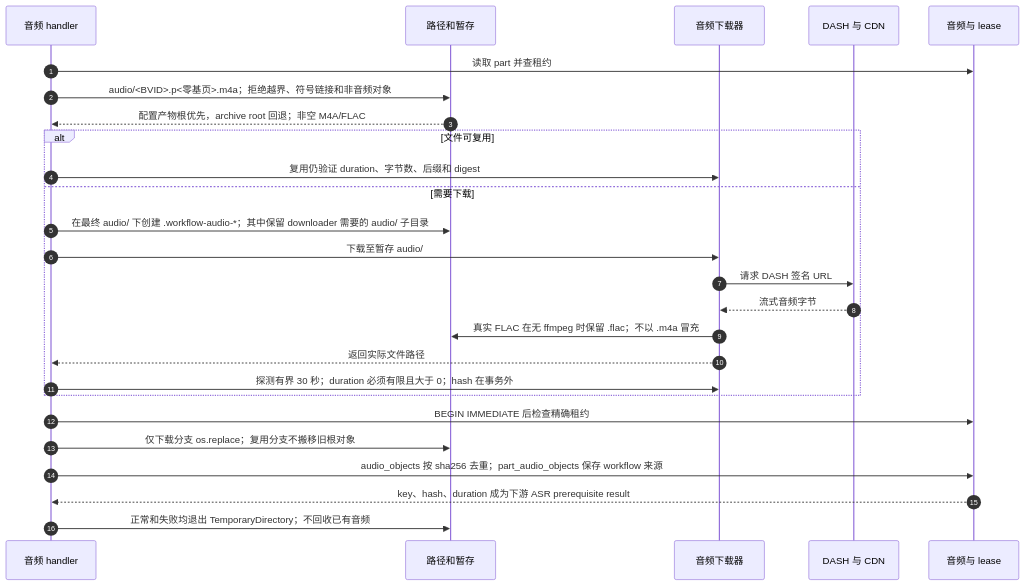
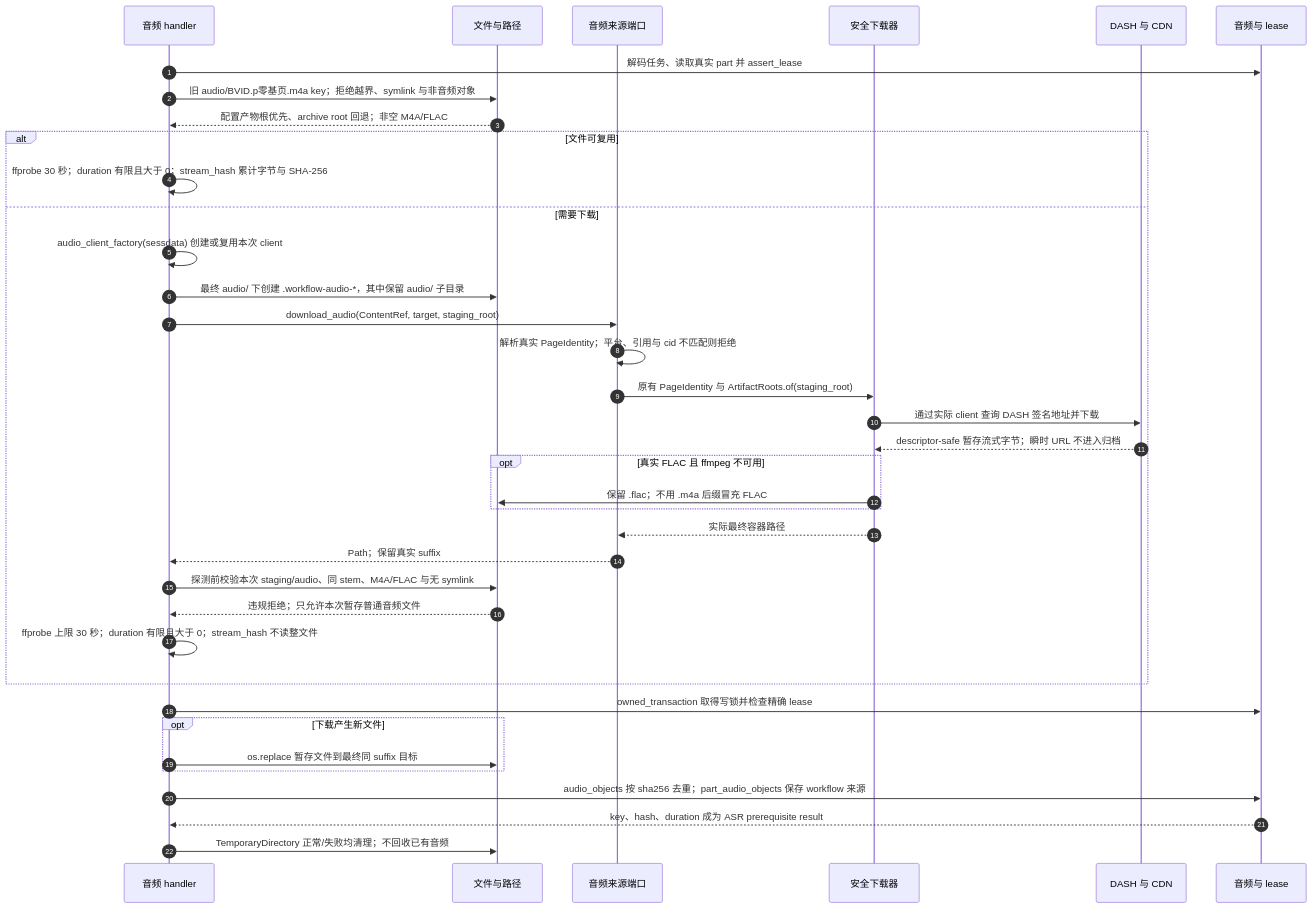
The diagram in docs/sequences/06-audio-download.md (SuperCatQR/bilibili-asr-archive), drawn with Mermaid before and after one commit. The commit also changed other lines of this file and 66 other files, not shown here.

Commit message:
Document repaired boundaries and pin all architecture diagrams

````diff
--- a/docs/sequences/06-audio-download.md
+++ b/docs/sequences/06-audio-download.md
@@ -9,28 +9,39 @@
 ```mermaid
 sequenceDiagram
     autonumber
     participant handler as 音频 handler
-    participant paths as 路径和暂存
-    participant downloader as 音频下载器
+    participant paths as 文件与路径
+    participant source as 音频来源端口
+    participant downloader as 安全下载器
     participant cdn as DASH 与 CDN
     participant db as 音频与 lease
-    handler->>db: 读取 part 并查租约
-    handler->>paths: audio/<BVID>.p<零基页>.m4a；拒绝越界、符号链接和非音频对象
-    paths-->>handler: 配置产物根优先，archive root 回退；非空 M4A/FLAC
+    handler->>db: 解码任务、读取真实 part 并 assert_lease
+    handler->>paths: 旧 audio/BVID.p零基页.m4a key；拒绝越界、symlink 与非音频对象
+    paths-->>handler: 配置产物根优先、archive root 回退；非空 M4A/FLAC
     alt 文件可复用
-    handler->>downloader: 复用仍验证 duration、字节数、后缀和 digest
+    handler->>handler: ffprobe 30 秒；duration 有限且大于 0；stream_hash 累计字节与 SHA-256
     else 需要下载
-    handler->>paths: 在最终 audio/ 下创建 .workflow-audio-*；其中保留 downloader 需要的 audio/ 子目录
-    handler->>downloader: 下载至暂存 audio/
-    downloader->>cdn: 请求 DASH 签名 URL
-    cdn-->>downloader: 流式音频字节
-    downloader->>paths: 真实 FLAC 在无 ffmpeg 时保留 .flac；不以 .m4a 冒充
-    downloader-->>handler: 返回实际文件路径
-    handler->>downloader: 探测有界 30 秒；duration 必须有限且大于 0；hash 在事务外
+    handler->>handler: audio_client_factory(sessdata) 创建或复用本次 client
+    handler->>paths: 最终 audio/ 下创建 .workflow-audio-*，其中保留 audio/ 子目录
+    handler->>source: download_audio(ContentRef, target, staging_root)
+    source->>source: 解析真实 PageIdentity；平台、引用与 cid 不匹配则拒绝
+    source->>downloader: 原有 PageIdentity 与 ArtifactRoots.of(staging_root)
+    downloader->>cdn: 通过实际 client 查询 DASH 签名地址并下载
+    cdn-->>downloader: descriptor-safe 暂存流式字节；瞬时 URL 不进入归档
+    opt 真实 FLAC 且 ffmpeg 不可用
+    downloader->>paths: 保留 .flac；不用 .m4a 后缀冒充 FLAC
     end
-    handler->>db: BEGIN IMMEDIATE 后检查精确租约
-    handler->>paths: 仅下载分支 os.replace；复用分支不搬移旧根对象
+    downloader-->>source: 实际最终容器路径
+    source-->>handler: Path；保留真实 suffix
+    handler->>paths: 探测前校验本次 staging/audio、同 stem、M4A/FLAC 与无 symlink
+    paths-->>handler: 违规拒绝；只允许本次暂存普通音频文件
+    handler->>handler: ffprobe 上限 30 秒；duration 有限且大于 0；stream_hash 不读整文件
+    end
+    handler->>db: owned_transaction 取得写锁并检查精确 lease
+    opt 下载产生新文件
+    handler->>paths: os.replace 暂存文件到最终同 suffix 目标
+    end
     handler->>db: audio_objects 按 sha256 去重；part_audio_objects 保存 workflow 来源
-    db-->>handler: key、hash、duration 成为下游 ASR prerequisite result
-    handler->>paths: 正常和失败均退出 TemporaryDirectory；不回收已有音频
+    db-->>handler: key、hash、duration 成为 ASR prerequisite result
+    handler->>paths: TemporaryDirectory 正常/失败均清理；不回收已有音频
 ```
````
